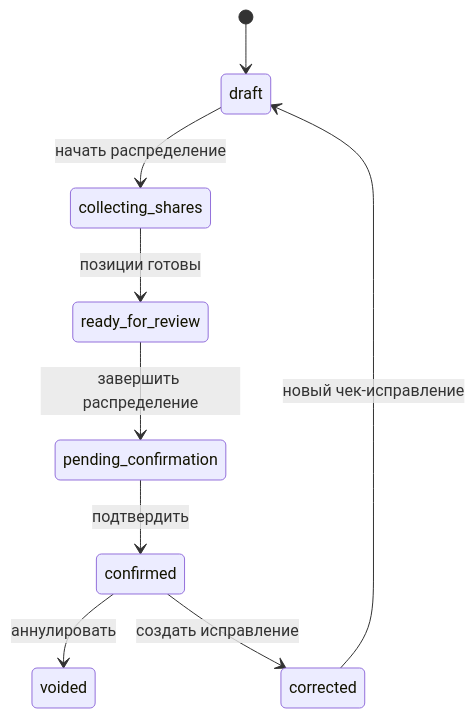
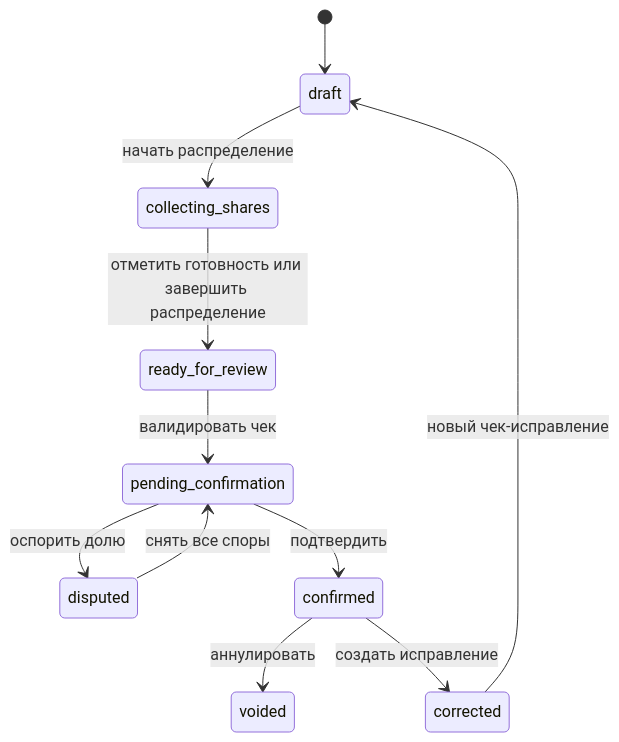
Before and after one commit to Strongf-bob/SplitAppBackend: the diagram in docs/wiki/Receipt-Lifecycle.md, drawn with Mermaid. The commit also changed other lines of this file and 1 other file, not shown here.

Commit message:
docs(wiki): correct payment and receipt flows
Clarify that only a payment receiver confirms or rejects a payment, and document the receipt validation and dispute lifecycle accurately.\n\nDocument creator-controlled event closure and the shared guard that blocks financial mutations after closure.

````diff
--- a/docs/wiki/Receipt-Lifecycle.md
+++ b/docs/wiki/Receipt-Lifecycle.md
@@ -7,11 +7,13 @@
 ```mermaid
 stateDiagram-v2
   [*] --> draft
   draft --> collecting_shares: начать распределение
-  collecting_shares --> ready_for_review: позиции готовы
-  ready_for_review --> pending_confirmation: завершить распределение
+  collecting_shares --> ready_for_review: отметить готовность или завершить распределение
+  ready_for_review --> pending_confirmation: валидировать чек
+  pending_confirmation --> disputed: оспорить долю
+  disputed --> pending_confirmation: снять все споры
   pending_confirmation --> confirmed: подтвердить
   confirmed --> voided: аннулировать
   confirmed --> corrected: создать исправление
   corrected --> draft: новый чек-исправление
 ```
````
